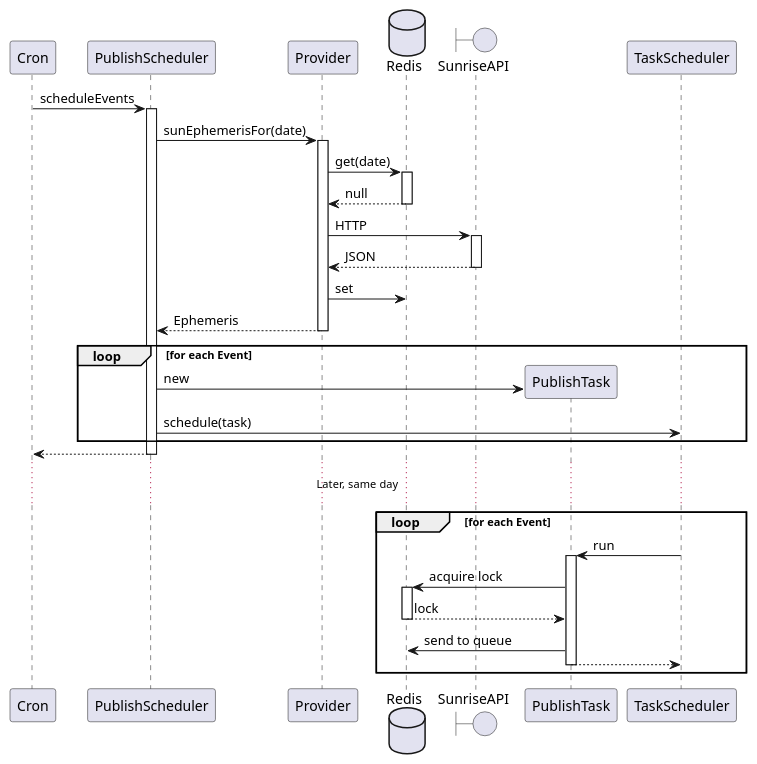
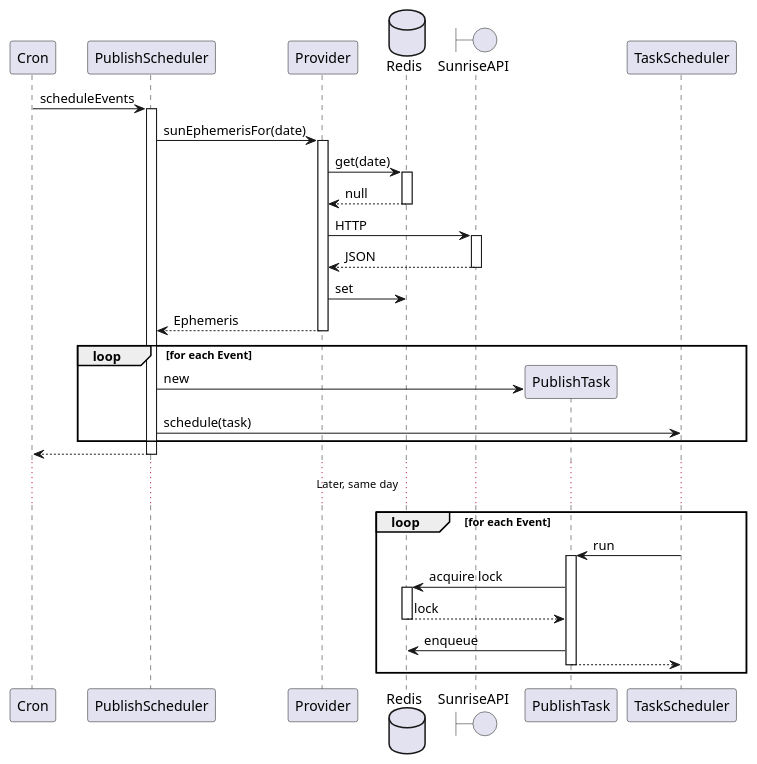
One commit to mwierzchowski/sun-ephemeris changed the diagram in etc/seq-success.puml. Above: the diagram before and after it, drawn with PlantUML.

```diff
--- a/etc/seq-success.puml
+++ b/etc/seq-success.puml
@@ -1,44 +1,44 @@
 @startuml
 
 Cron -> PublishScheduler : scheduleEvents
 activate PublishScheduler
 PublishScheduler -> Provider : sunEphemerisFor(date)
 activate Provider
 database Redis
 Provider -> Redis : get(date)
 activate Redis
 Provider <-- Redis : null
 deactivate Redis
 boundary SunriseAPI
 Provider -> SunriseAPI : HTTP
 activate SunriseAPI
 Provider <-- SunriseAPI : JSON
 deactivate SunriseAPI
 Provider -> Redis : set
 PublishScheduler <-- Provider : Ephemeris
 deactivate Provider
 
 loop for each Event
     create PublishTask
     PublishScheduler -> PublishTask : new
     PublishScheduler -> TaskScheduler : schedule(task)
 end
 
 Cron <-- PublishScheduler
 deactivate PublishScheduler
 
 ... Later, same day ...
 
 loop for each Event
     TaskScheduler -> PublishTask : run
     activate PublishTask
     PublishTask -> Redis : acquire lock
     activate Redis
     PublishTask <-- Redis : lock
     deactivate Redis
-    PublishTask -> Redis : send to queue
+    PublishTask -> Redis : enqueue
     TaskScheduler <-- PublishTask
     deactivate PublishTask
 end
 
 @enduml
```
